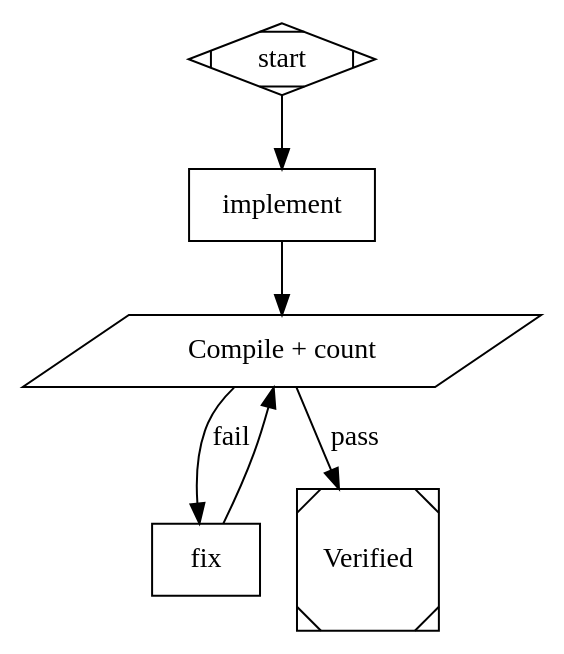
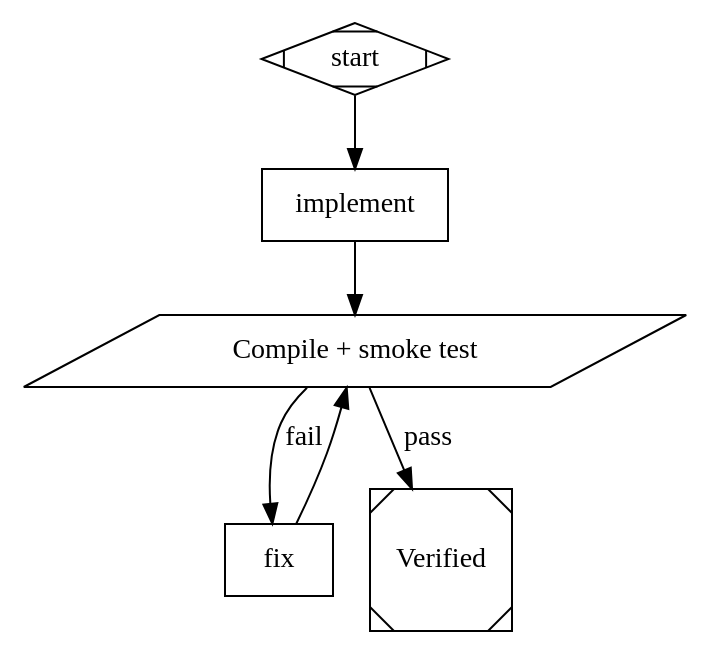
One commit to samueljklee/attractor changed the diagram in examples/compound_conditions.dot. Above: the diagram before and after it, drawn with Graphviz. The commit also changed 6 other files, not shown here.

```diff
--- a/examples/compound_conditions.dot
+++ b/examples/compound_conditions.dot
@@ -1,98 +1,107 @@
 // Compound Conditions, Context Variables, and ${braced} Expansion
 //
 // Demonstrates three advanced features of the attractor DOT dialect:
 //
 //  1. COMPOUND CONDITIONS (&&)
 //     Edge conditions support && to require multiple context checks.
 //     All clauses must hold for the edge to match.
 //
 //       condition="outcome = success && tool.verify.output = pass"
 //
 //  2. DOTTED CONTEXT VARIABLE LOOKUP
-//     Conditions reference any key in the pipeline context dict:
-//       codergen.<id>.output   — LLM node text output
-//       tool.<id>.output       — shell command stdout (always set, even on fail)
+//     Conditions reference any key in the pipeline context dict.
+//     Per spec §4.10, tool.<id>.output is ONLY set when exit code = 0:
+//
+//       tool.<id>.output    — set on success only (outcome = success edges)
+//       codergen.<id>.output — always set after a box node completes
+//
 //     If the key is missing, the clause evaluates to false.
 //
 //  3. ${BRACED} VARIABLE EXPANSION IN PROMPTS
 //     Both $var and ${var} work in prompts and tool commands.
-//     The braced form is needed when the variable name is immediately
-//     followed by non-whitespace text:
+//     The braced form is needed when the variable is adjacent to other text:
 //
 //       "found in ${count}% of cases"  ← ${count} is unambiguous
 //       "found in $count% of cases"    ← $count% would look for key "count%"
 //
 //
 // Pipeline:
-//   1. LLM writes a Python function to reverse_str.py (box node)
-//   2. Tool node compiles the file AND counts the functions (parallelogram)
-//      Outputs "pass" or "fail" (single word for clean condition matching)
+//   1. LLM writes a Python module (box node) — output in codergen.implement.output
+//   2. Tool node compiles + smoke-tests the file (parallelogram)
+//      On success (exit 0): prints "pass", sets tool.verify.output = "pass"
+//      On failure (exit 1): prints "fail" to stderr, tool.verify.output NOT set
 //   3. Compound condition routes to done or fix:
-//        done: outcome=success AND tool output="pass"
-//        fix:  tool output="fail"  (any failure)
+//        done: outcome=success AND tool.verify.output="pass"
+//        fix:  outcome=fail → use $codergen.implement.output (always available)
 //
 // Run: uv run python -m attractor_pipeline.cli run examples/compound_conditions.dot
 
 digraph CompoundConditions {
     graph [
         goal="Write a Python module with a string reversal utility"
         max_goal_gate_redirects="3"
     ]
 
     start [shape=Mdiamond]
 
     // ── Step 1: LLM writes the code to a file ───────────────────────────────
     //
-    // We use ${goal} (braced form) embedded in the middle of a sentence.
+    // ${goal} (braced form) is used here to demonstrate that braced and bare
+    // forms are equivalent, but braced is safer when adjacent to other text.
 
     implement [
         shape=box,
         prompt="Goal: ${goal}\n\nWrite a Python module and save it as reverse_str.py.\n\nThe module must export:\n  def reverse_str(s: str) -> str   — returns the string reversed\n  def is_palindrome(s: str) -> bool — returns True if s == reverse_str(s)\n\nNo main block, no tests — just the two functions with docstrings."
     ]
 
     // ── Step 2: Tool node verifies the written file ──────────────────────────
     //
-    // Checks two things and outputs a SINGLE word ("pass" or "fail") to stdout.
-    // Exit code 0 → outcome=success, exit code 1 → outcome=fail.
-    // The output is stored as tool.verify.output regardless of exit code.
+    // Spec §4.10: tool.<id>.output is ONLY written to context on exit code 0.
+    // On failure (exit 1), outcome=fail and no context key is set.
+    //
+    // This is intentional: the compound condition below checks
+    // tool.verify.output on the SUCCESS edge only, where the value IS set.
 
     verify [
         shape=parallelogram,
-        label="Compile + count",
-        tool_command="python3 -c \"\nimport ast, sys\ntry:\n    with open('reverse_str.py') as f:\n        src = f.read()\n    tree = ast.parse(src)\n    fns = [n.name for n in ast.walk(tree) if isinstance(n, ast.FunctionDef)]\n    if 'reverse_str' not in fns or 'is_palindrome' not in fns:\n        print('fail')\n        print(f'Missing functions. Found: {fns}', file=sys.stderr)\n        sys.exit(1)\n    # Quick smoke test: import and call\n    import importlib.util, os\n    spec = importlib.util.spec_from_file_location('reverse_str', 'reverse_str.py')\n    mod = importlib.util.module_from_spec(spec)\n    spec.loader.exec_module(mod)\n    assert mod.reverse_str('hello') == 'olleh'\n    assert mod.is_palindrome('racecar') is True\n    assert mod.is_palindrome('hello') is False\n    print('pass')\nexcept Exception as e:\n    print('fail')\n    print(f'Error: {e}', file=sys.stderr)\n    sys.exit(1)\n\"",
+        label="Compile + smoke test",
+        tool_command="python3 -c \"\nimport ast, sys\ntry:\n    with open('reverse_str.py') as f:\n        src = f.read()\n    tree = ast.parse(src)\n    fns = [n.name for n in ast.walk(tree) if isinstance(n, ast.FunctionDef)]\n    if 'reverse_str' not in fns or 'is_palindrome' not in fns:\n        print(f'Missing functions. Found: {fns}', file=sys.stderr)\n        sys.exit(1)\n    import importlib.util\n    spec = importlib.util.spec_from_file_location('reverse_str', 'reverse_str.py')\n    mod = importlib.util.module_from_spec(spec)\n    spec.loader.exec_module(mod)\n    assert mod.reverse_str('hello') == 'olleh'\n    assert mod.is_palindrome('racecar') is True\n    assert mod.is_palindrome('hello') is False\n    print('pass')\nexcept Exception as e:\n    print(f'Error: {e}', file=sys.stderr)\n    sys.exit(1)\n\"",
         timeout="15s"
     ]
 
-    // ── Fix node: only reached when verify outputs "fail" ───────────────────
+    // ── Fix node: reached when verify exits non-zero ─────────────────────────
     //
-    // $tool.verify.output expands to the tool's stdout ("fail")
-    // $codergen.implement.output expands to what the LLM wrote
+    // tool.verify.output is NOT available here (spec §4.10: only set on
+    // success). Use $codergen.implement.output instead — it is always set
+    // after a box node runs, regardless of the outcome of later nodes.
 
     fix [
         shape=box,
-        prompt="The module failed verification.\n\nVerification result: $tool.verify.output\n\nPrevious implementation:\n$codergen.implement.output\n\nFix the module. Ensure both reverse_str() and is_palindrome() are present and correct. Overwrite reverse_str.py."
+        prompt="The module failed verification.\n\nPrevious implementation:\n$codergen.implement.output\n\nFix the module. Ensure both reverse_str() and is_palindrome() are present and correct:\n  reverse_str('hello') == 'olleh'\n  is_palindrome('racecar') == True\n  is_palindrome('hello') == False\n\nOverwrite reverse_str.py with the corrected version."
     ]
 
     done [shape=Msquare, label="Verified"]
 
     // ── Flow with compound conditions ─────────────────────────────────────────
     //
     // COMPOUND CONDITION on the done edge:
-    //   outcome = success   → tool exited 0
+    //   outcome = success        → tool exited 0
     //   AND
-    //   tool.verify.output = pass  → tool explicitly printed "pass"
+    //   tool.verify.output = pass → tool printed "pass" (only set on exit 0)
     //
-    // Both must hold. This guards against tool nodes that exit 0 but signal
-    // failure through their output content.
+    // The two clauses are redundant here (exit 0 implies "pass" was printed),
+    // but they demonstrate that ANY context key can be used in conditions —
+    // not just "outcome". A missing key evaluates to false, so the condition
+    // fails safely if the tool didn't run.
 
     start     -> implement
     implement -> verify
 
     verify -> done [
         condition="outcome = success && tool.verify.output = pass",
         label="pass"
     ]
     verify -> fix [condition="outcome = fail", label="fail"]
 
     fix -> verify
 }
```
